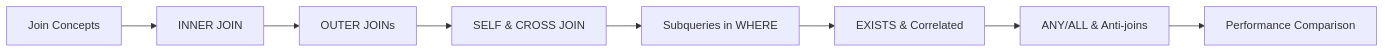
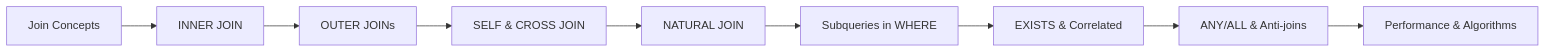
The first of 2 diagrams in docs/courses/database-management-systems/05-sql-joins.md (Raushan666java/ai-engineering-journey), drawn with Mermaid before and after one commit. The commit also changed other lines of this file and 18 other files, not shown here.

````diff
--- a/docs/courses/database-management-systems/05-sql-joins.md
+++ b/docs/courses/database-management-systems/05-sql-joins.md
@@ -27,10 +29,11 @@
 ```mermaid
 flowchart LR
     A[Join Concepts] --> B[INNER JOIN]
     B --> C[OUTER JOINs]
     C --> D[SELF & CROSS JOIN]
-    D --> E[Subqueries in WHERE]
-    E --> F[EXISTS & Correlated]
-    F --> G[ANY/ALL & Anti-joins]
-    G --> H[Performance Comparison]
+    D --> E[NATURAL JOIN]
+    E --> F[Subqueries in WHERE]
+    F --> G[EXISTS & Correlated]
+    G --> H[ANY/ALL & Anti-joins]
+    H --> I[Performance & Algorithms]
 ```
````
